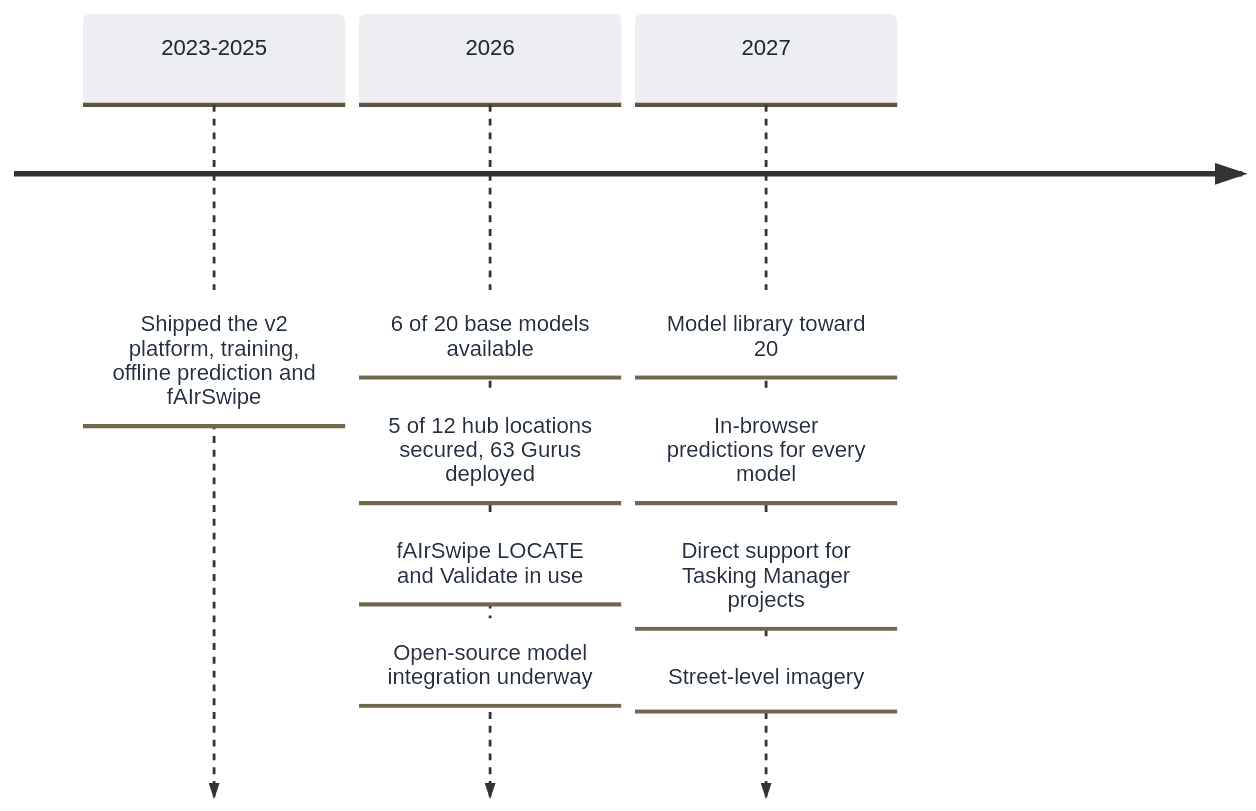
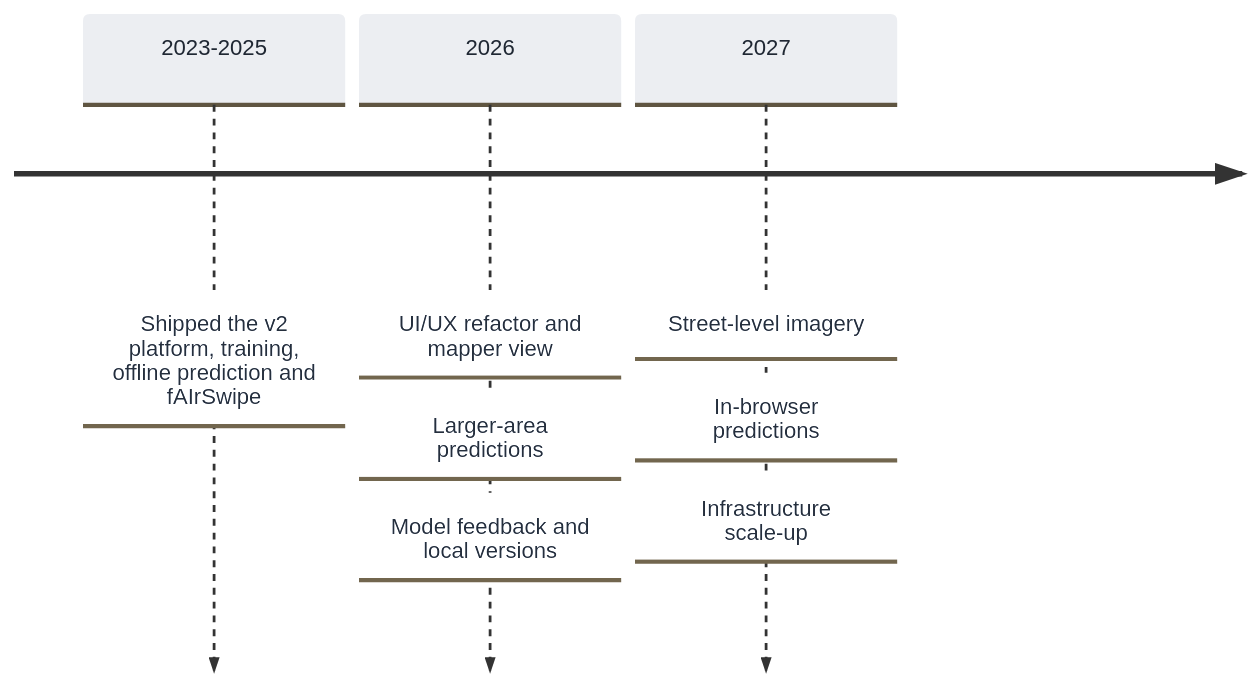
Before and after one commit to hotosm/fAIr: the diagram in docs/roadmap/index.md, drawn with Mermaid. The commit also changed other lines of this file and 33 other files, not shown here.

````diff
--- a/docs/roadmap/index.md
+++ b/docs/roadmap/index.md
@@ -12,7 +12,7 @@
 ```mermaid
 %%{init: {'theme':'base','themeVariables':{'cScale0':'#eceef2','cScale1':'#eceef2','cScale2':'#eceef2','cScale3':'#eceef2','cScaleLabel0':'#1f2733','cScaleLabel1':'#1f2733','cScaleLabel2':'#1f2733','cScaleLabel3':'#1f2733','lineColor':'#9aa0aa','fontFamily':'system-ui, sans-serif'}}}%%
 timeline
     2023-2025 : Shipped the v2 platform, training, offline prediction and fAIrSwipe
-    2026 : 6 of 20 base models available : 5 of 12 hub locations secured, 63 Gurus deployed : fAIrSwipe LOCATE and Validate in use : Open-source model integration underway
-    2027 : Model library toward 20 : In-browser predictions for every model : Direct support for Tasking Manager projects : Street-level imagery
+    2026 : UI/UX refactor and mapper view : Larger-area predictions : Model feedback and local versions
+    2027 : Street-level imagery : In-browser predictions : Infrastructure scale-up
 ```
````
